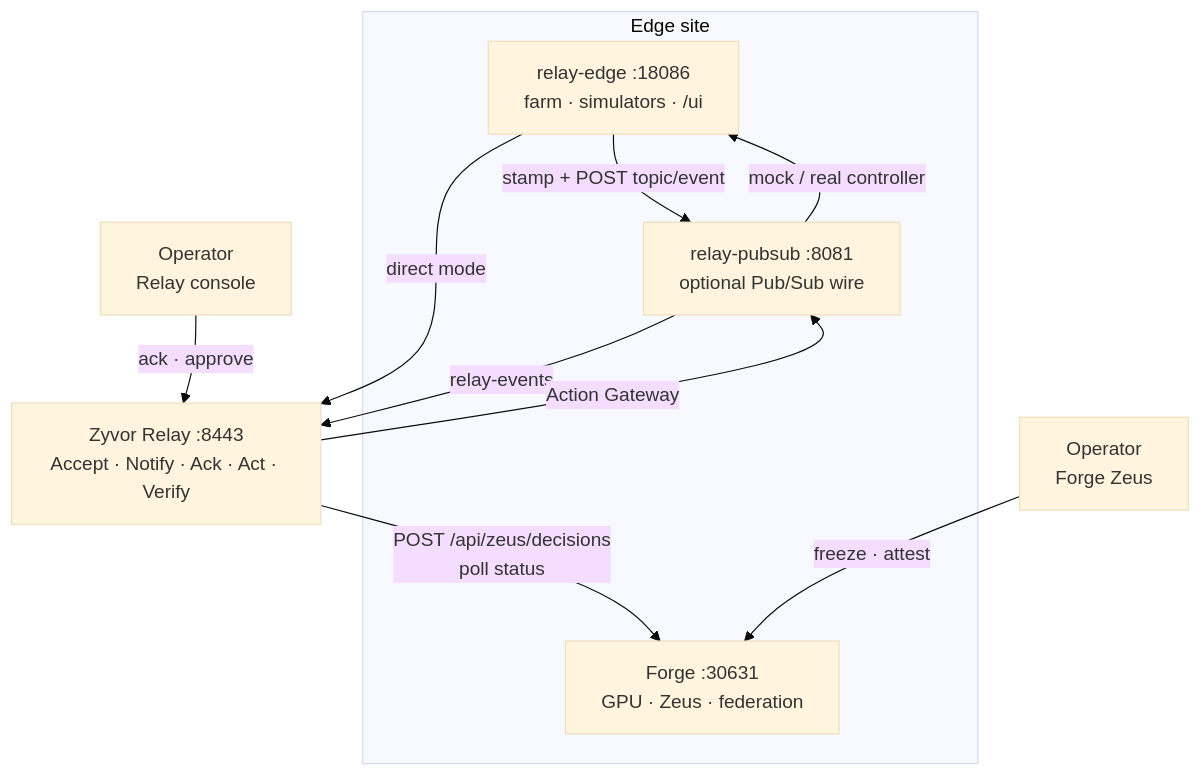
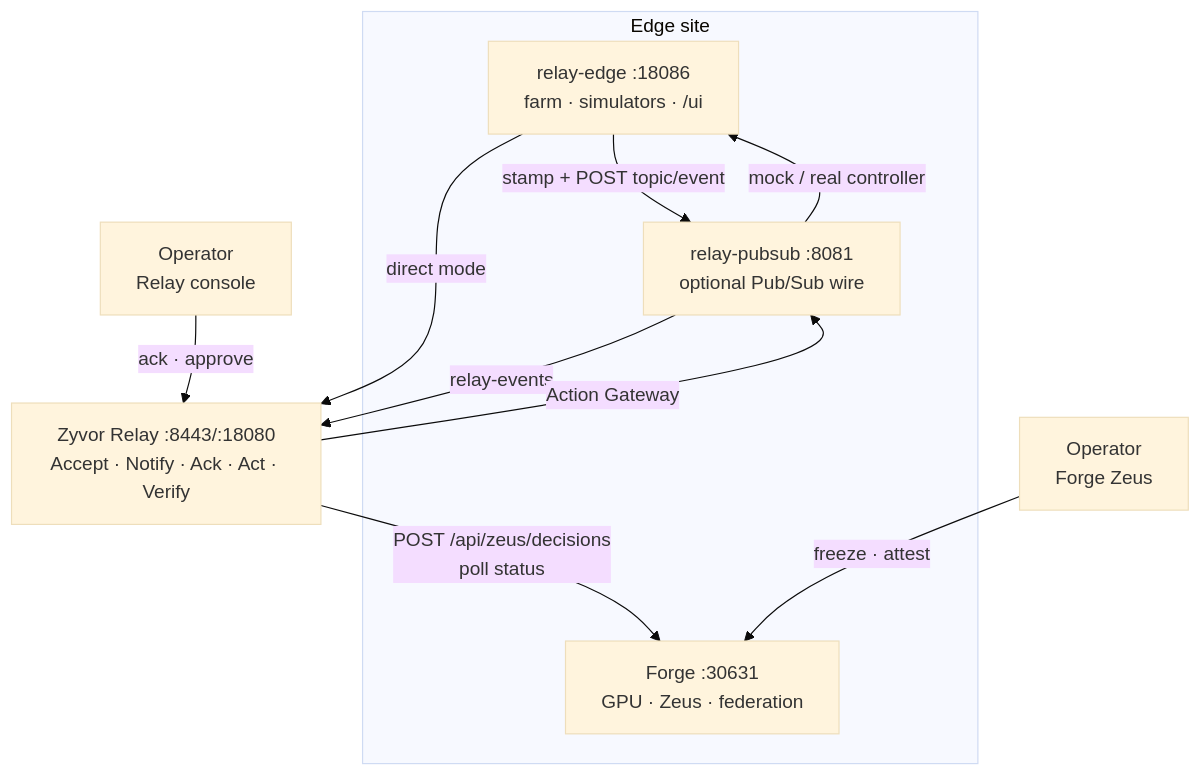
Before and after one commit to zyvorai/relay-edge: the first of 8 diagrams in docs/INTEGRATION.md, drawn with Mermaid (base theme). The commit also changed other lines of this file and 45 other files, not shown here.

````diff
--- a/docs/INTEGRATION.md
+++ b/docs/INTEGRATION.md
@@ -44,20 +44,20 @@
 ```mermaid
 flowchart TB
   subgraph site["Edge site"]
     FE["relay-edge :18086\nfarm · simulators · /ui"]
     FG["Forge :30631\nGPU · Zeus · federation"]
     PS["relay-pubsub :8081\noptional Pub/Sub wire"]
   end
 
-  RL["Zyvor Relay :8443\nAccept · Notify · Ack · Act · Verify"]
+  RL["Zyvor Relay :8443/:18080\nAccept · Notify · Ack · Act · Verify"]
 
   FE -->|"stamp + POST topic/event"| PS
   FE -->|"direct mode"| RL
   PS -->|"relay-events"| RL
   RL -->|"POST /api/zeus/decisions\npoll status"| FG
   RL -->|"Action Gateway"| PS
   PS -->|"mock / real controller"| FE
 
   OP_R["Operator\nRelay console"] -->|"ack · approve"| RL
   OP_F["Operator\nForge Zeus"] -->|"freeze · attest"| FG
 ```
````
